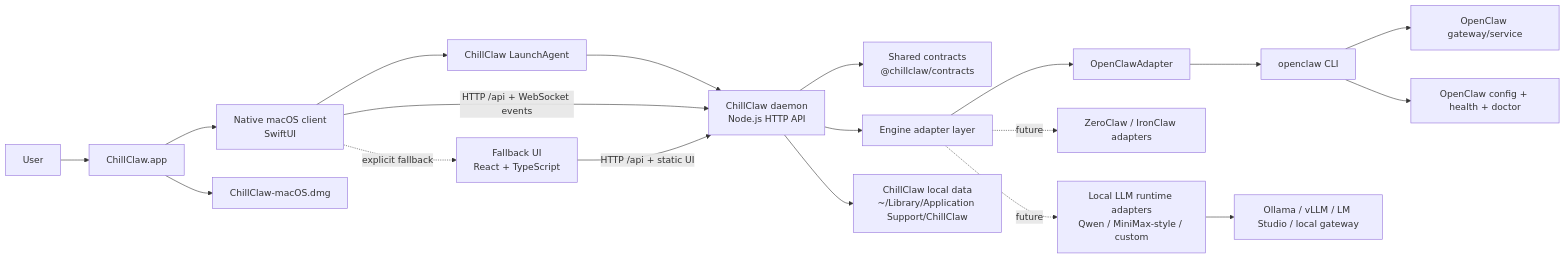
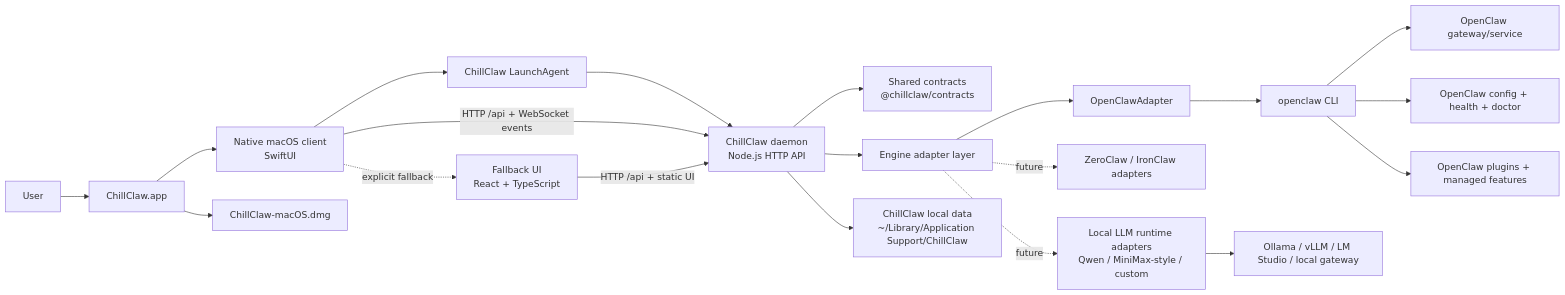
Before and after one commit to Jian130/chillclaw: the diagram in README.md, drawn with Mermaid. The commit also changed other lines of this file and 70 other files, not shown here.

````diff
--- a/README.md
+++ b/README.md
@@ -89,21 +90,22 @@
 ```mermaid
 flowchart LR
     User["User"] --> App["ChillClaw.app"]
     App --> Native["Native macOS client<br/>SwiftUI"]
     Native --> LaunchAgent["ChillClaw LaunchAgent"]
     LaunchAgent --> Daemon["ChillClaw daemon<br/>Node.js HTTP API"]
     Native -->|HTTP /api + WebSocket events| Daemon
     Native -. explicit fallback .-> Browser["Fallback UI<br/>React + TypeScript"]
     Browser -->|HTTP /api + static UI| Daemon
     Daemon --> Contracts["Shared contracts<br/>@chillclaw/contracts"]
     Daemon --> Adapter["Engine adapter layer"]
     Adapter --> OpenClaw["OpenClawAdapter"]
     Adapter -. future .-> Future["ZeroClaw / IronClaw adapters"]
     Adapter -. future .-> LocalLLM["Local LLM runtime adapters<br/>Qwen / MiniMax-style / custom"]
     OpenClaw --> CLI["openclaw CLI"]
     CLI --> Gateway["OpenClaw gateway/service"]
     CLI --> Config["OpenClaw config + health + doctor"]
+    CLI --> Plugins["OpenClaw plugins + managed features"]
     LocalLLM --> LocalRuntime["Ollama / vLLM / LM Studio / local gateway"]
     Daemon --> Data["ChillClaw local data<br/>~/Library/Application Support/ChillClaw"]
     App --> Dmg["ChillClaw-macOS.dmg"]
 ```
````
